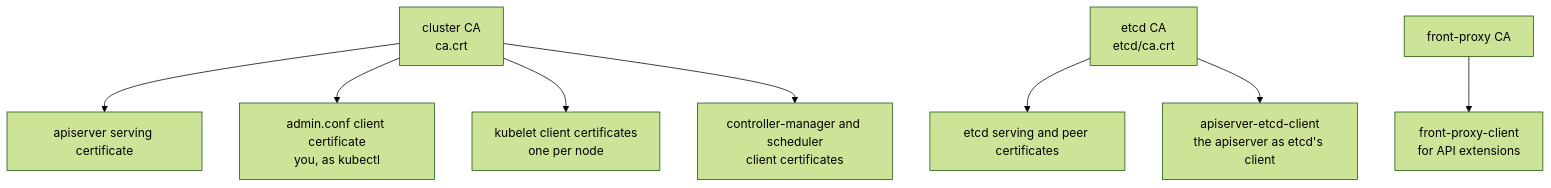
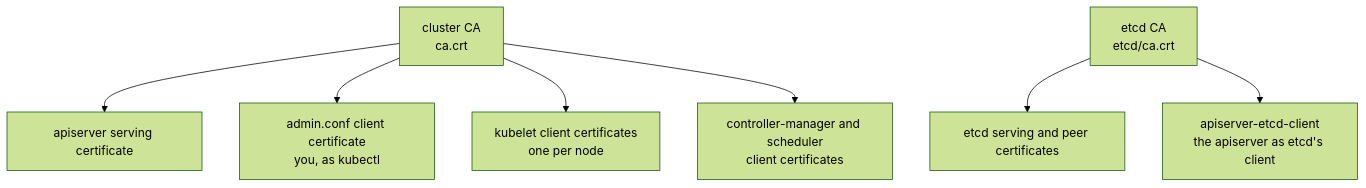
The second of 2 diagrams in learn/tls.md (jclapdev/cka-study), drawn with Mermaid (forest theme) before and after one commit. The commit also changed other lines of this file and 7 other files, not shown here.

````diff
--- a/learn/tls.md
+++ b/learn/tls.md
@@ -32,10 +32,9 @@
 ```mermaid
 flowchart TD
   CA[cluster CA<br/>ca.crt] --> S[apiserver serving certificate]
   CA --> AD[admin.conf client certificate<br/>you, as kubectl]
   CA --> KL[kubelet client certificates<br/>one per node]
   CA --> CM[controller-manager and scheduler<br/>client certificates]
   ECA[etcd CA<br/>etcd/ca.crt] --> ES[etcd serving and peer certificates]
   ECA --> AE[apiserver-etcd-client<br/>the apiserver as etcd's client]
-  FCA[front-proxy CA] --> FP[front-proxy-client<br/>for API extensions]
 ```
````
